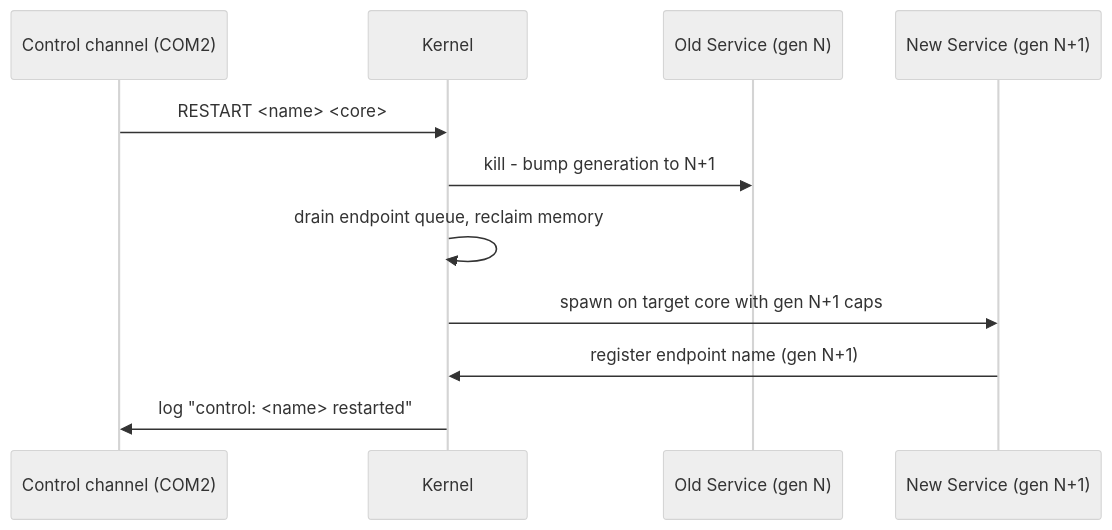
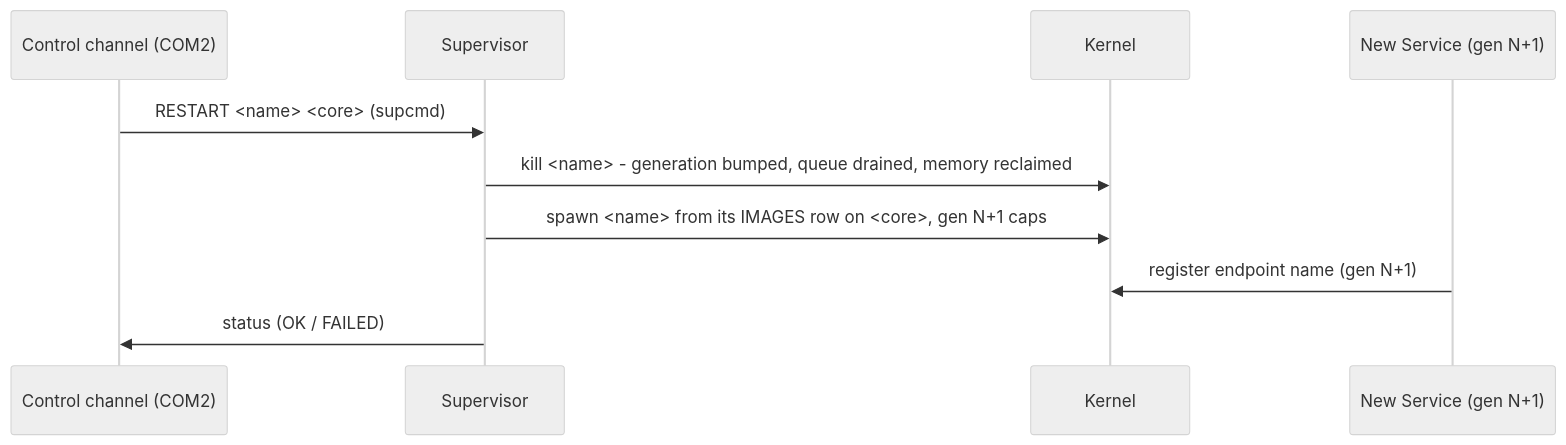
Before and after one commit to godspeedhq/godspeed-os: the diagram in services/supervisor/CLAUDE.md, drawn with Mermaid (neutral theme). The commit also changed other lines of this file and 11 other files, not shown here.

````diff
--- a/services/supervisor/CLAUDE.md
+++ b/services/supervisor/CLAUDE.md
@@ -72,14 +74,13 @@
 ```mermaid
 sequenceDiagram
     participant Ctrl as Control channel (COM2)
+    participant Sup as Supervisor
     participant K as Kernel
-    participant OldSvc as Old Service (gen N)
     participant NewSvc as New Service (gen N+1)
 
-    Ctrl->>K: RESTART <name> <core>
-    K->>OldSvc: kill - bump generation to N+1
-    K->>K: drain endpoint queue, reclaim memory
-    K->>NewSvc: spawn on target core with gen N+1 caps
+    Ctrl->>Sup: RESTART <name> <core> (supcmd)
+    Sup->>K: kill <name> - generation bumped, queue drained, memory reclaimed
+    Sup->>K: spawn <name> from its IMAGES row on <core>, gen N+1 caps
     NewSvc->>K: register endpoint name (gen N+1)
-    K->>Ctrl: log "control: <name> restarted"
+    Sup->>Ctrl: status (OK / FAILED)
 ```
````
